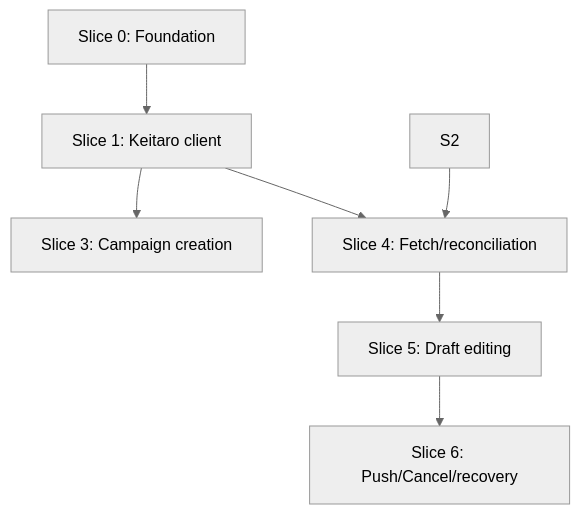
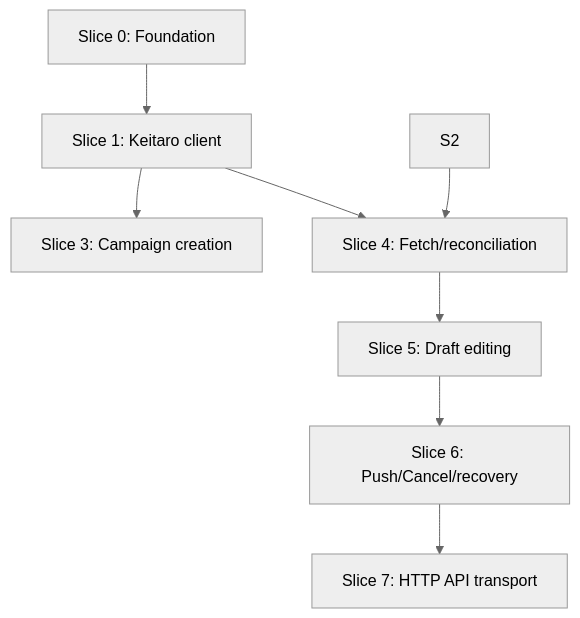
One commit to zaebee/keitaro-wrap changed the first of 2 diagrams in docs/implementation/implementation-plan.md. Above: the diagram before and after it, drawn with Mermaid (neutral theme). The commit also changed other lines of this file and 30 other files, not shown here.

First line of the commit message:
feat: implement Slice 7 HTTP API (#36)

````diff
--- a/docs/implementation/implementation-plan.md
+++ b/docs/implementation/implementation-plan.md
@@ -7,9 +7,10 @@
 ```mermaid
 flowchart TD
   S0[Slice 0: Foundation] --> S1[Slice 1: Keitaro client]
   S1 --> S3[Slice 3: Campaign creation]
   S1 --> S4[Slice 4: Fetch/reconciliation]
   S2 --> S4
   S4 --> S5[Slice 5: Draft editing]
   S5 --> S6[Slice 6: Push/Cancel/recovery]
+  S6 --> S7[Slice 7: HTTP API transport]
 ```
````
